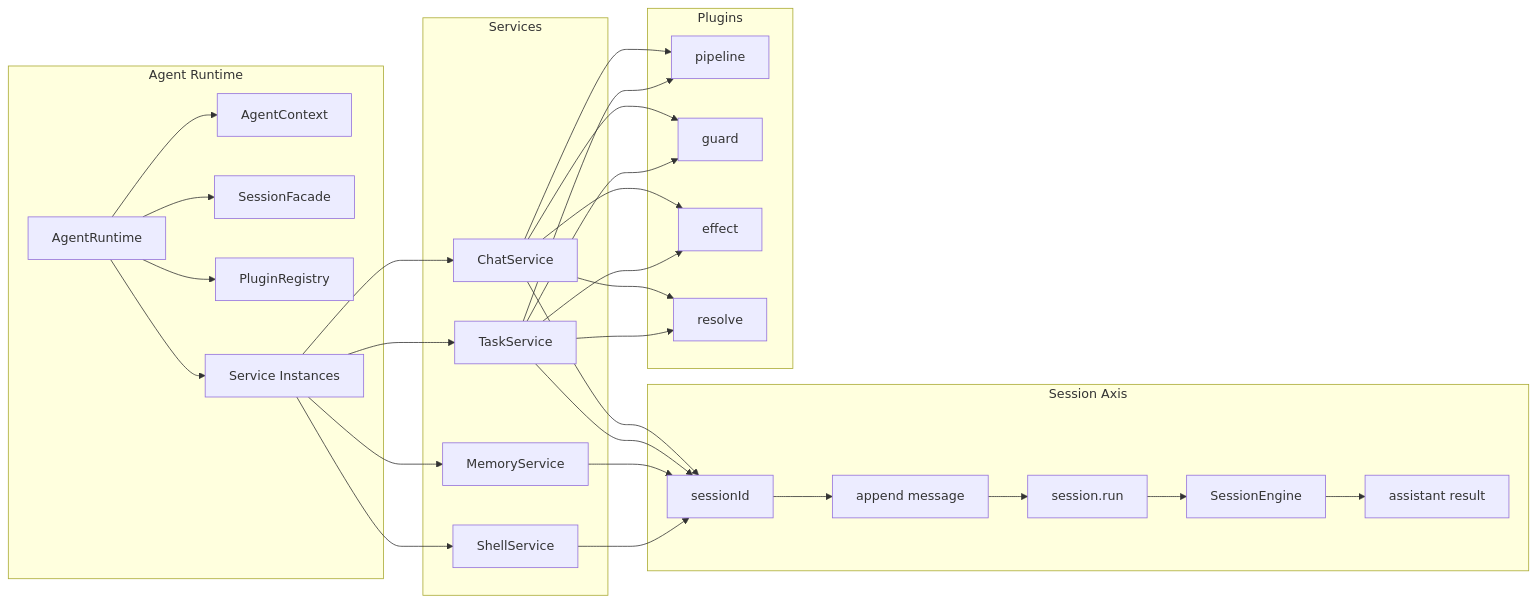
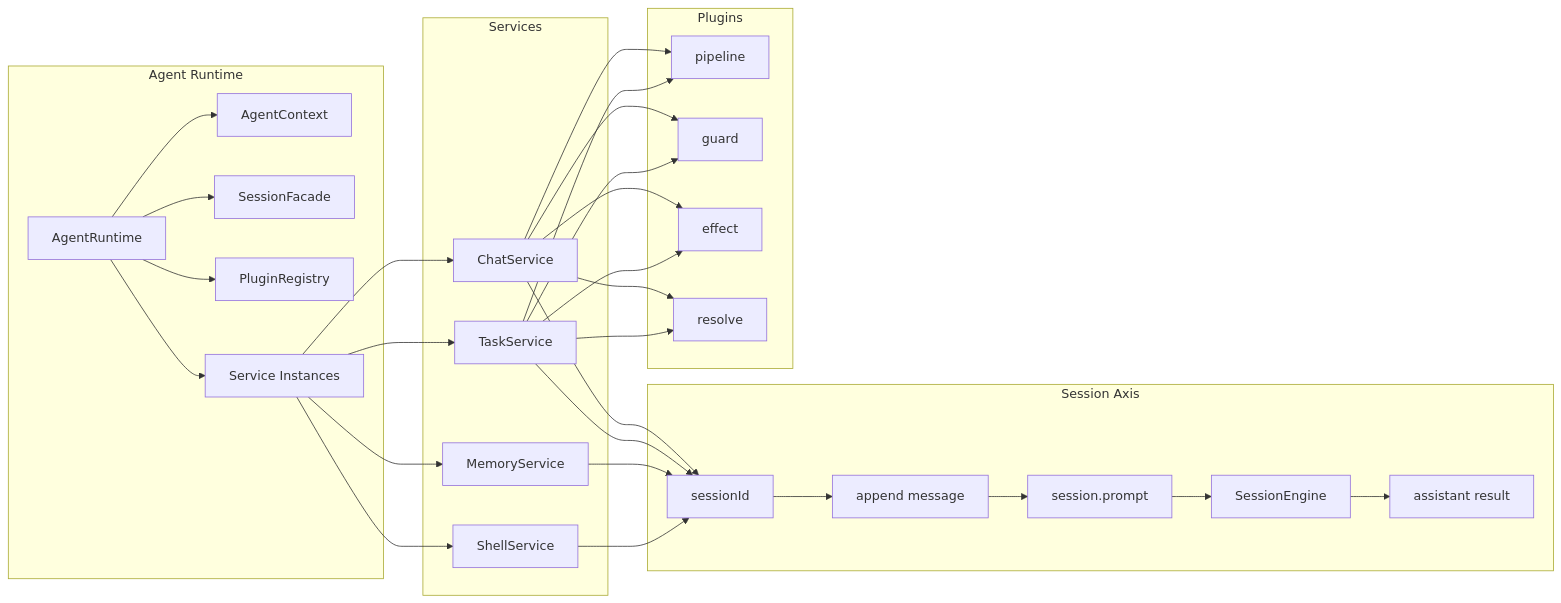
Before and after one commit to wangenius/downcity: the first of 2 diagrams in homepage/content/devdocs/zh/services/system-map.mdx, drawn with Mermaid. The commit also changed other lines of this file and 100 other files, not shown here.

Commit message:
feat(agent): add session prompt actor api

````diff
--- a/homepage/content/devdocs/zh/services/system-map.mdx
+++ b/homepage/content/devdocs/zh/services/system-map.mdx
@@ -28,61 +28,61 @@
 ```mermaid
 flowchart LR
   subgraph AGENT["Agent Runtime"]
     A1["AgentRuntime"]
     A2["AgentContext"]
     A3["SessionFacade"]
     A4["PluginRegistry"]
     A5["Service Instances"]
   end
 
   subgraph SESSION["Session Axis"]
     S1["sessionId"]
     S2["append message"]
-    S3["session.run"]
+    S3["session.prompt"]
     S4["SessionEngine"]
     S5["assistant result"]
   end
 
   subgraph SERVICES["Services"]
     SV1["ChatService"]
     SV2["TaskService"]
     SV3["MemoryService"]
     SV4["ShellService"]
   end
 
   subgraph PLUGINS["Plugins"]
     P1["pipeline"]
     P2["guard"]
     P3["effect"]
     P4["resolve"]
   end
 
   A1 --> A2
   A1 --> A3
   A1 --> A4
   A1 --> A5
 
   A5 --> SV1
   A5 --> SV2
   A5 --> SV3
   A5 --> SV4
 
   SV1 --> S1
   SV2 --> S1
   SV3 --> S1
   SV4 --> S1
 
   S1 --> S2
   S2 --> S3
   S3 --> S4
   S4 --> S5
 
   SV1 --> P1
   SV1 --> P2
   SV1 --> P3
   SV1 --> P4
   SV2 --> P1
   SV2 --> P2
   SV2 --> P3
   SV2 --> P4
 ```
````
